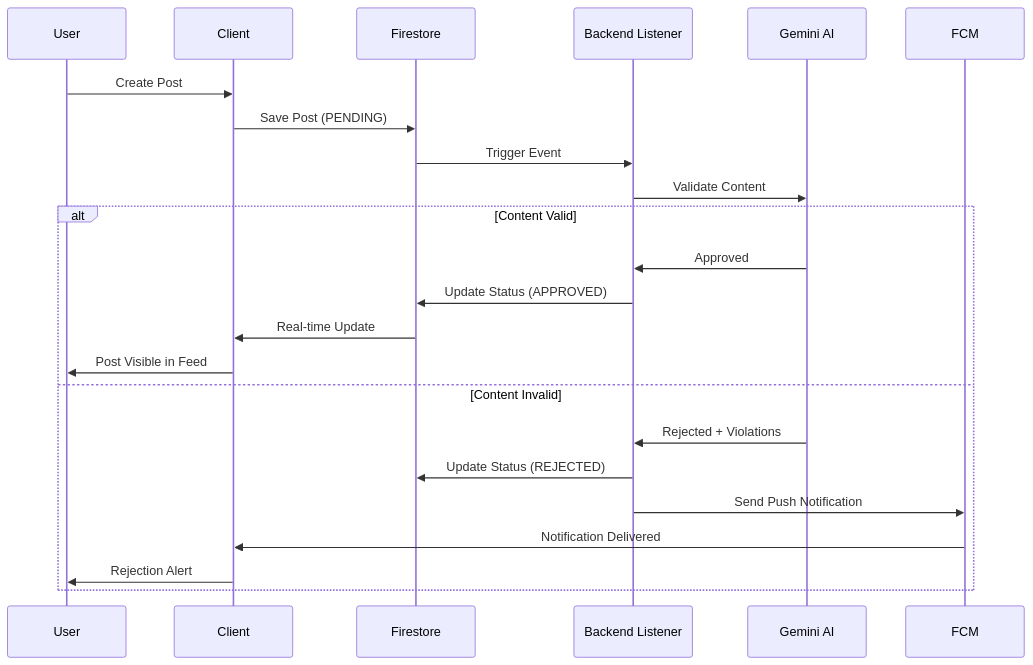
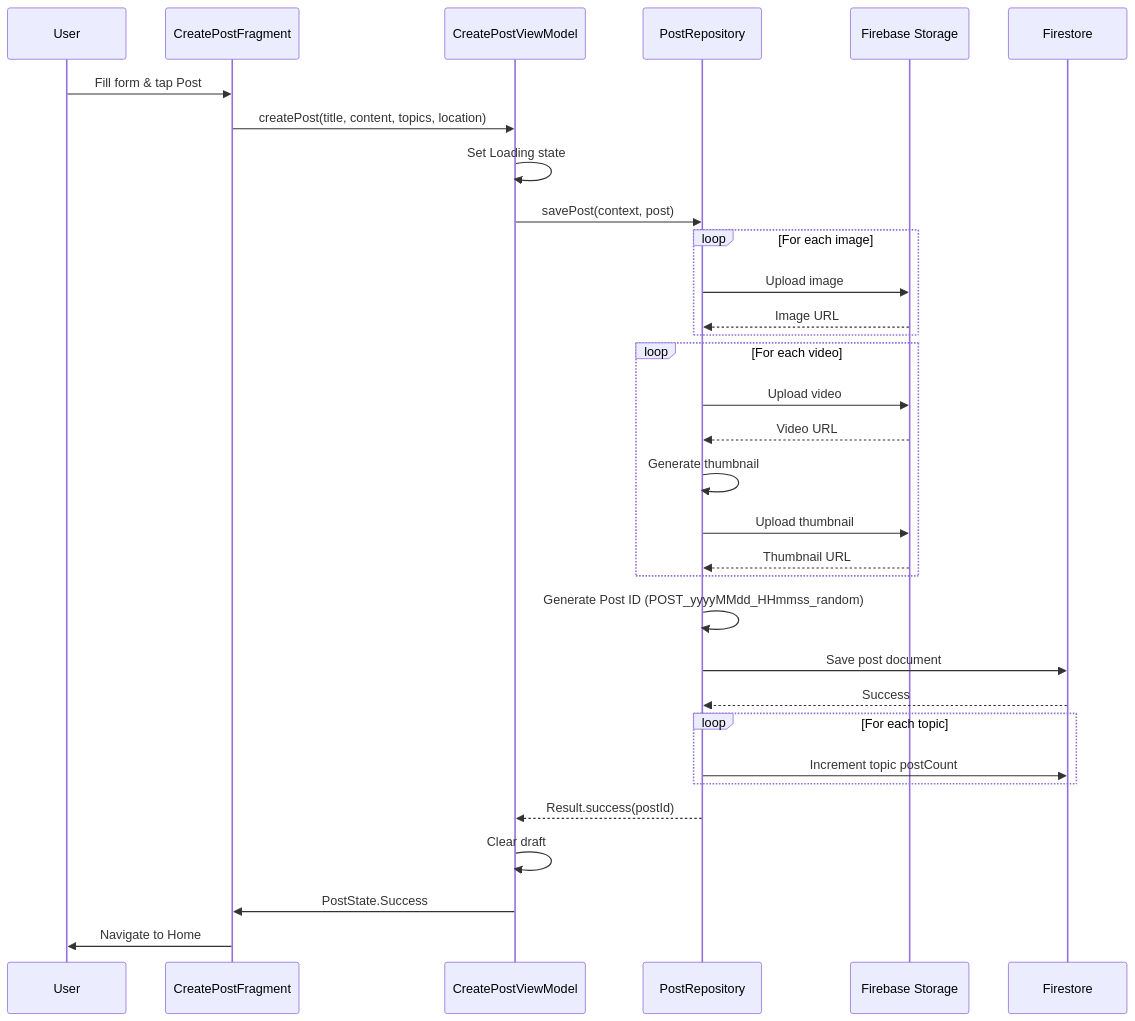
One commit to Forumus/Forumus-client changed the ninth of 36 diagrams in README.md. Above: the diagram before and after it, drawn with Mermaid. The commit also changed other lines of this file, not shown here.

````diff
--- a/README.md
+++ b/README.md
@@ -49,27 +435,40 @@
 ```mermaid
 sequenceDiagram
     participant User
-    participant Client
-    participant Firestore
-    participant Listener as Backend Listener
-    participant AI as Gemini AI
-    participant FCM
+    participant Fragment as CreatePostFragment
+    participant VM as CreatePostViewModel
+    participant Repo as PostRepository
+    participant Storage as Firebase Storage
+    participant Firestore as Firestore
+
+    User->>Fragment: Fill form & tap Post
+    Fragment->>VM: createPost(title, content, topics, location)
+    VM->>VM: Set Loading state
+    VM->>Repo: savePost(context, post)
     
-    User->>Client: Create Post
-    Client->>Firestore: Save Post (PENDING)
-    Firestore->>Listener: Trigger Event
-    Listener->>AI: Validate Content
+    loop For each image
+        Repo->>Storage: Upload image
+        Storage-->>Repo: Image URL
+    end
     
-    alt Content Valid
-        AI->>Listener: Approved
-        Listener->>Firestore: Update Status (APPROVED)
-        Firestore->>Client: Real-time Update
-        Client->>User: Post Visible in Feed
-    else Content Invalid
-        AI->>Listener: Rejected + Violations
-        Listener->>Firestore: Update Status (REJECTED)
-        Listener->>FCM: Send Push Notification
-        FCM->>Client: Notification Delivered
-        Client->>User: Rejection Alert
+    loop For each video
+        Repo->>Storage: Upload video
+        Storage-->>Repo: Video URL
+        Repo->>Repo: Generate thumbnail
+        Repo->>Storage: Upload thumbnail
+        Storage-->>Repo: Thumbnail URL
     end
+    
+    Repo->>Repo: Generate Post ID (POST_yyyyMMdd_HHmmss_random)
+    Repo->>Firestore: Save post document
+    Firestore-->>Repo: Success
+    
+    loop For each topic
+        Repo->>Firestore: Increment topic postCount
+    end
+    
+    Repo-->>VM: Result.success(postId)
+    VM->>VM: Clear draft
+    VM->>Fragment: PostState.Success
+    Fragment->>User: Navigate to Home
 ```
````
